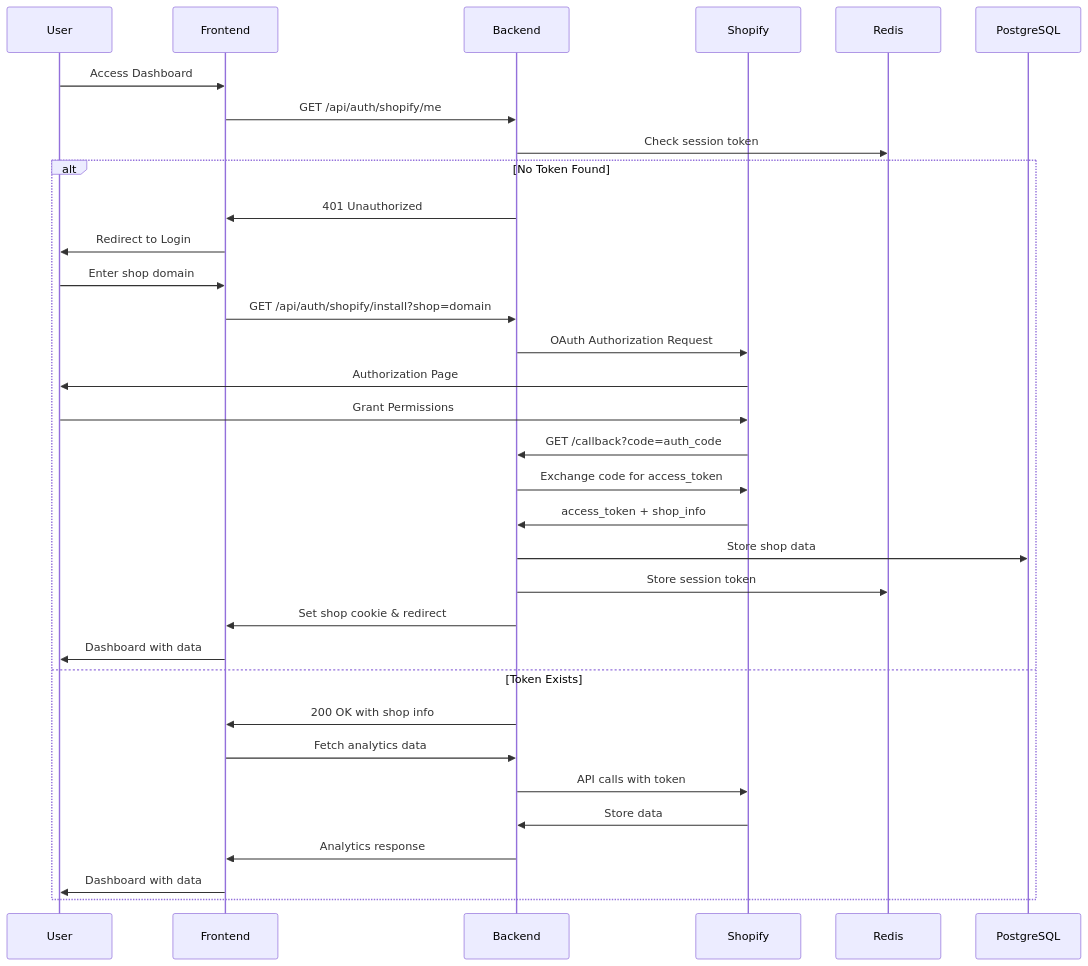
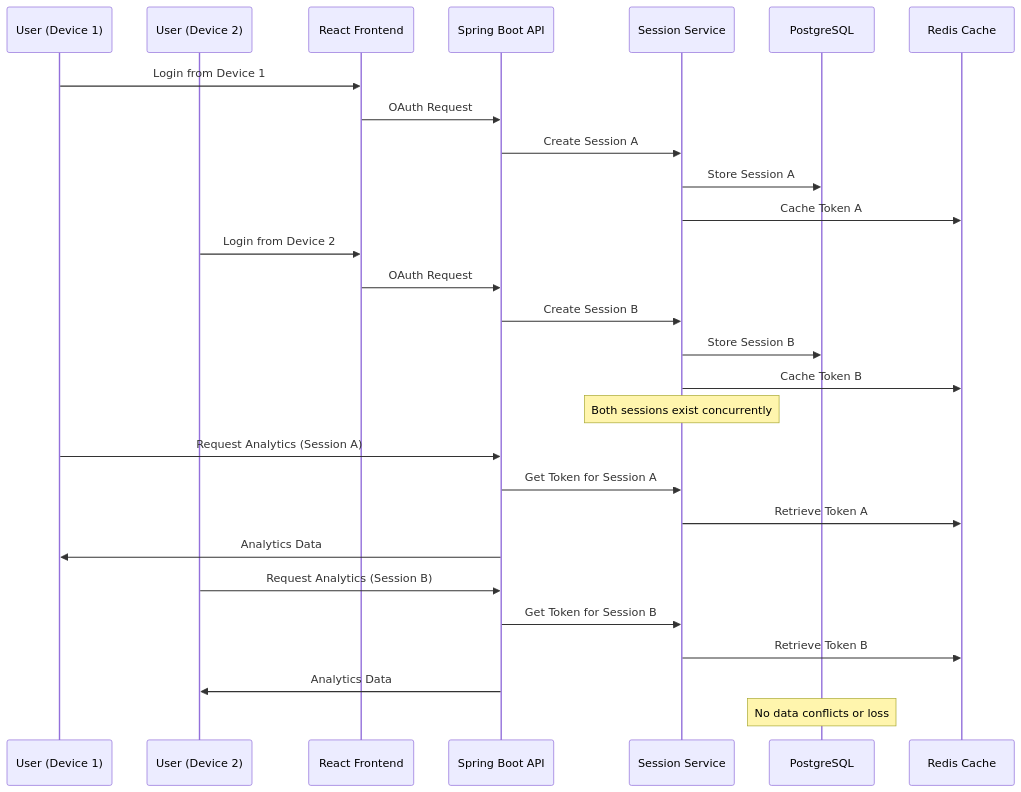
Before and after one commit to teja230/storesight: the second of 2 diagrams in README.md, drawn with Mermaid. The commit also changed other lines of this file and 4 other files, not shown here.

First line of the commit message:
📚 Comprehensive README update with AI features and multi-session architecture

````diff
--- a/README.md
+++ b/README.md
@@ -113,37 +156,36 @@
 ```mermaid
 sequenceDiagram
-    participant User
-    participant Frontend
-    participant Backend
-    participant Shopify
-    participant Redis
-    participant PostgreSQL
+    participant User1 as User (Device 1)
+    participant User2 as User (Device 2)
+    participant Frontend as React Frontend
+    participant Backend as Spring Boot API
+    participant SessionService as Session Service
+    participant Database as PostgreSQL
+    participant Redis as Redis Cache
     
-    User->>Frontend: Access Dashboard
-    Frontend->>Backend: GET /api/auth/shopify/me
-    Backend->>Redis: Check session token
+    User1->>Frontend: Login from Device 1
+    Frontend->>Backend: OAuth Request
+    Backend->>SessionService: Create Session A
+    SessionService->>Database: Store Session A
+    SessionService->>Redis: Cache Token A
     
-    alt No Token Found
-        Backend->>Frontend: 401 Unauthorized
-        Frontend->>User: Redirect to Login
-        User->>Frontend: Enter shop domain
-        Frontend->>Backend: GET /api/auth/shopify/install?shop=domain
-        Backend->>Shopify: OAuth Authorization Request
-        Shopify->>User: Authorization Page
-        User->>Shopify: Grant Permissions
-        Shopify->>Backend: GET /callback?code=auth_code
-        Backend->>Shopify: Exchange code for access_token
-        Shopify->>Backend: access_token + shop_info
-        Backend->>PostgreSQL: Store shop data
-        Backend->>Redis: Store session token
-        Backend->>Frontend: Set shop cookie & redirect
-        Frontend->>User: Dashboard with data
-    else Token Exists
-        Backend->>Frontend: 200 OK with shop info
-        Frontend->>Backend: Fetch analytics data
-        Backend->>Shopify: API calls with token
-        Shopify->>Backend: Store data
-        Backend->>Frontend: Analytics response
-        Frontend->>User: Dashboard with data
-    end
+    User2->>Frontend: Login from Device 2
+    Frontend->>Backend: OAuth Request
+    Backend->>SessionService: Create Session B
+    SessionService->>Database: Store Session B
+    SessionService->>Redis: Cache Token B
+    
+    Note over SessionService: Both sessions exist concurrently
+    
+    User1->>Backend: Request Analytics (Session A)
+    Backend->>SessionService: Get Token for Session A
+    SessionService->>Redis: Retrieve Token A
+    Backend->>User1: Analytics Data
+    
+    User2->>Backend: Request Analytics (Session B)
+    Backend->>SessionService: Get Token for Session B
+    SessionService->>Redis: Retrieve Token B
+    Backend->>User2: Analytics Data
+    
+    Note over Database: No data conflicts or loss
 ```
````
